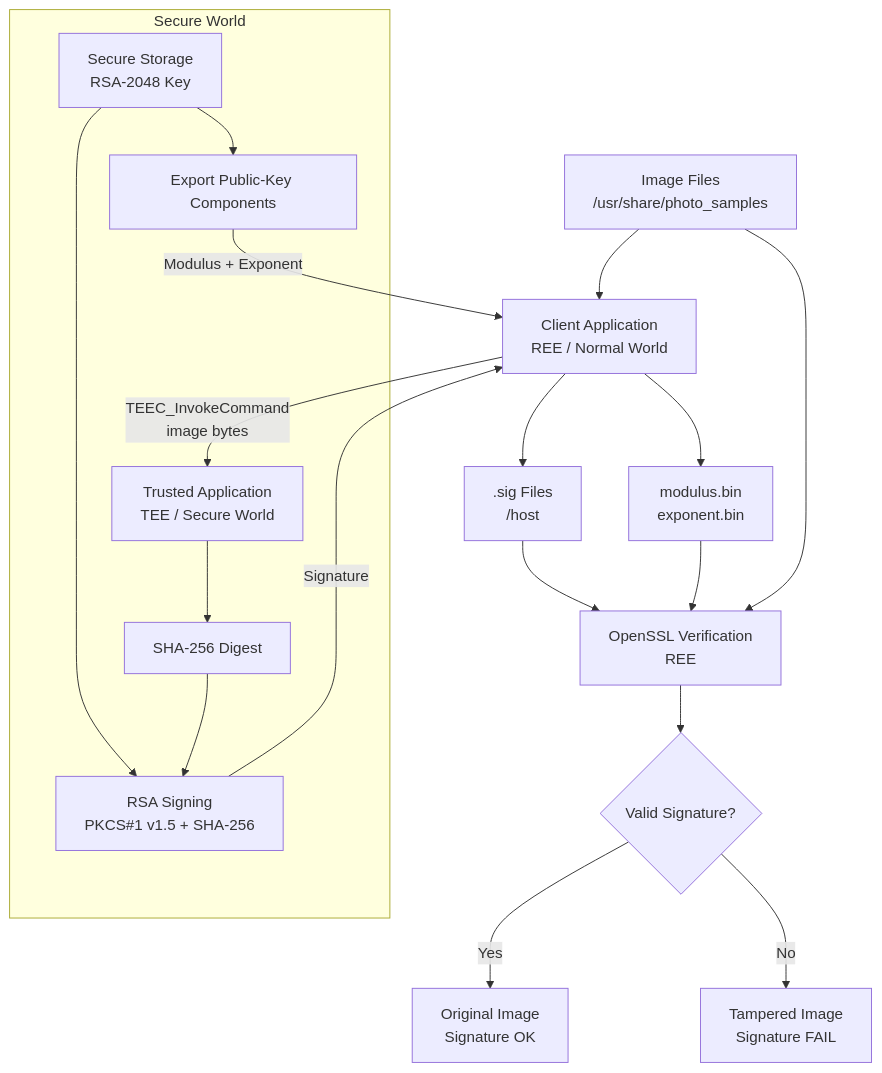
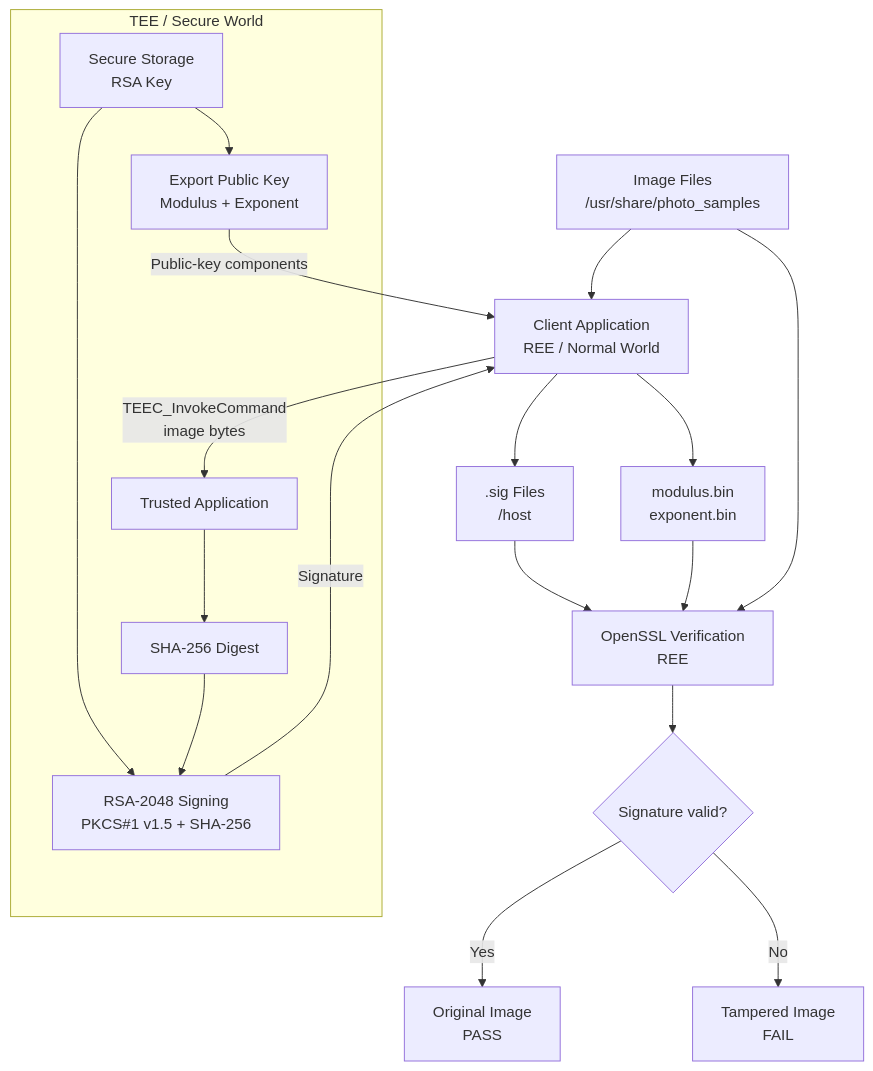
One commit to JosephLaiWorks/optee-secure-image-signing changed the first of 2 diagrams in README.md. Above: the diagram before and after it, drawn with Mermaid. The commit also changed other lines of this file, not shown here.

````diff
--- a/README.md
+++ b/README.md
@@ -19,27 +19,35 @@
 ```mermaid
 flowchart TD
-    A[Image Files<br/>/usr/share/photo_samples] --> B[Client Application<br/>REE / Normal World]
+    A[Image Files<br/>/usr/share/photo_samples]
+    B[Client Application<br/>REE / Normal World]
 
-    B -->|TEEC_InvokeCommand<br/>image bytes| C[Trusted Application<br/>TEE / Secure World]
+    A --> B
+    B -->|TEEC_InvokeCommand<br/>image bytes| C
 
-    subgraph TEE[Secure World]
-        C --> D[SHA-256 Digest]
-        F[Secure Storage<br/>RSA-2048 Key] --> E[RSA Signing<br/>PKCS#1 v1.5 + SHA-256]
+    subgraph TEE[TEE / Secure World]
+        C[Trusted Application]
+        D[SHA-256 Digest]
+        E[RSA-2048 Signing<br/>PKCS#1 v1.5 + SHA-256]
+        F[Secure Storage<br/>RSA Key]
+        G[Export Public Key<br/>Modulus + Exponent]
+
+        C --> D
         D --> E
-        F --> G[Export Public-Key Components]
+        F --> E
+        F --> G
     end
 
     E -->|Signature| B
-    G -->|Modulus + Exponent| B
+    G -->|Public-key components| B
 
     B --> H[.sig Files<br/>/host]
     B --> I[modulus.bin<br/>exponent.bin]
 
-    H --> J[OpenSSL Verification<br/>REE]
+    A --> J[OpenSSL Verification<br/>REE]
+    H --> J
     I --> J
-    A --> J
 
-    J --> K{Valid Signature?}
-    K -->|Yes| L[Original Image<br/>Signature OK]
-    K -->|No| M[Tampered Image<br/>Signature FAIL]
+    J --> K{Signature valid?}
+    K -->|Yes| L[Original Image<br/>PASS]
+    K -->|No| M[Tampered Image<br/>FAIL]
 ```
````
